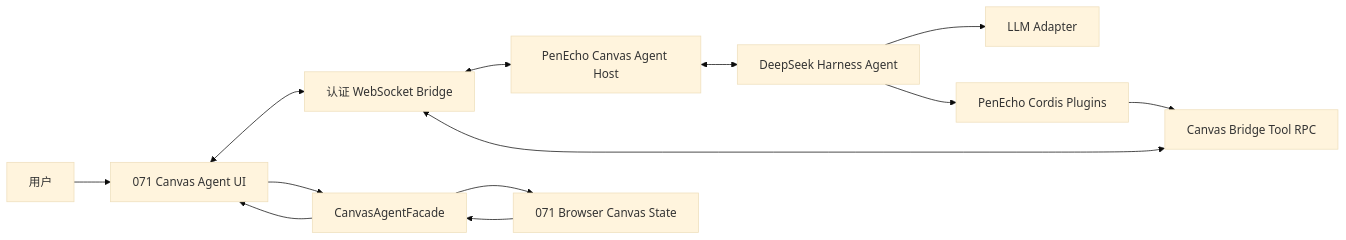
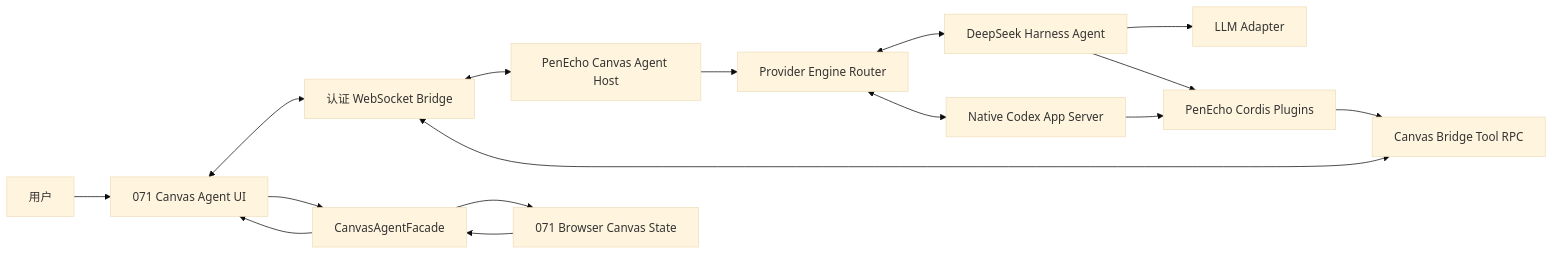
The diagram in docs/canvas-agent-deepseek-harness-spec.md (penecho/penecho), drawn with Mermaid (base theme) before and after one commit. The commit also changed other lines of this file and 46 other files, not shown here.

Commit message:
feat: harden Canvas Agent runtime and desktop flow

````diff
--- a/docs/canvas-agent-deepseek-harness-spec.md
+++ b/docs/canvas-agent-deepseek-harness-spec.md
@@ -76,15 +78,18 @@
 ```mermaid
 flowchart LR
     U["用户"] --> UI["071 Canvas Agent UI"]
     UI <--> WS["认证 WebSocket Bridge"]
     WS <--> H["PenEcho Canvas Agent Host"]
-    H <--> A["DeepSeek Harness Agent"]
+    H --> R["Provider Engine Router"]
+    R <--> A["DeepSeek Harness Agent"]
+    R <--> C["Native Codex App Server"]
     A --> L["LLM Adapter"]
     A --> P["PenEcho Cordis Plugins"]
+    C --> P
     P --> B["Canvas Bridge Tool RPC"]
     B <--> WS
     UI --> F["CanvasAgentFacade"]
     F --> S["071 Browser Canvas State"]
     S --> F
     F --> UI
 ```
````
